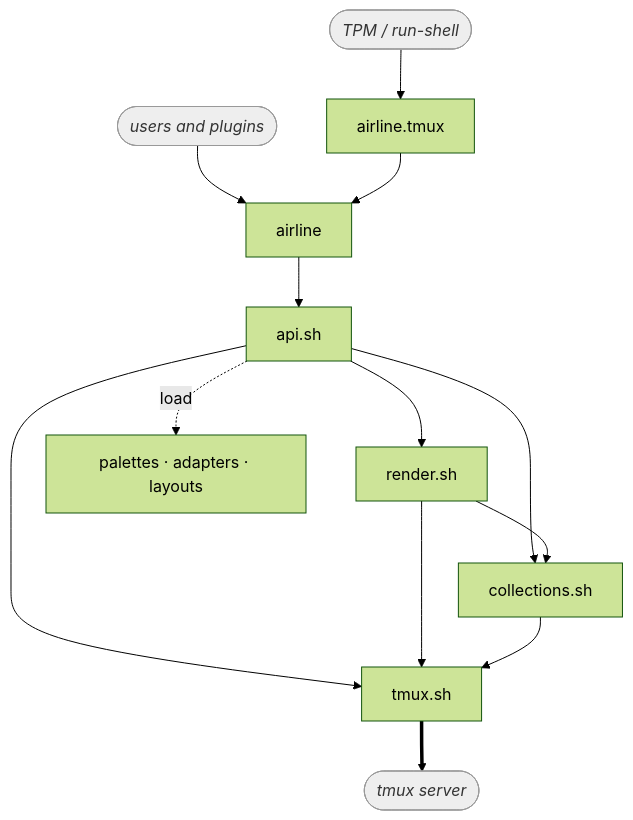
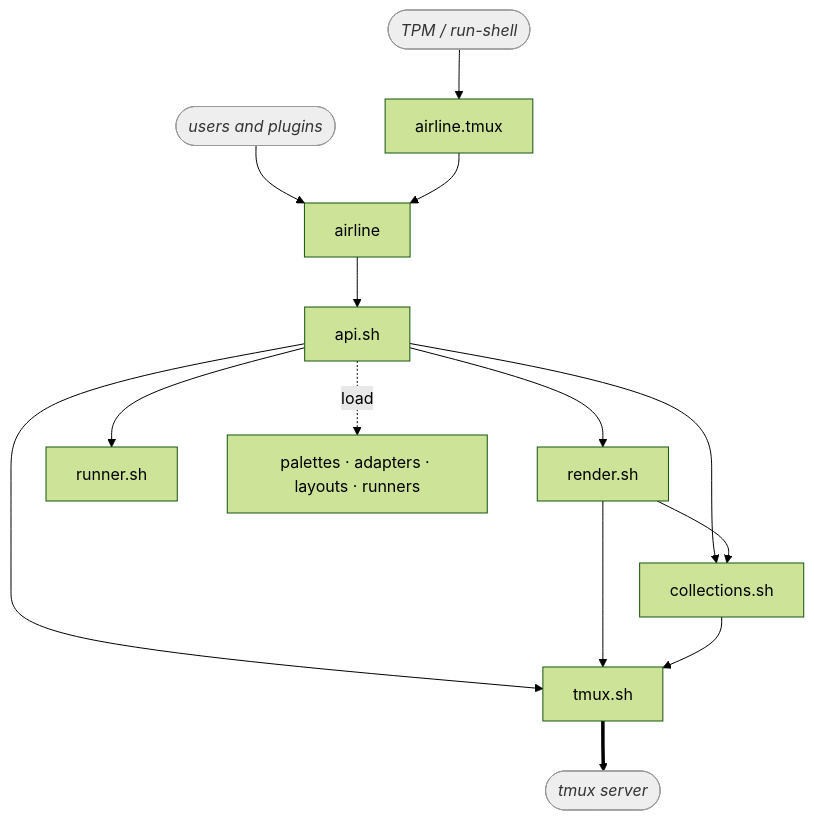
The first of 2 diagrams in DESIGN.md (andrewjstryker/tmux-airline), drawn with Mermaid (forest theme) before and after one commit. The commit also changed other lines of this file and 13 other files, not shown here.

````diff
--- a/DESIGN.md
+++ b/DESIGN.md
@@ -43,17 +50,18 @@
 ```mermaid
 graph TD
     TPM([TPM / run-shell]):::ext --> ENTRY[airline.tmux]
     EXT([users and plugins]):::ext --> CLI[airline]
     ENTRY --> CLI
     CLI --> API[api.sh]
     API --> LOGIC[render.sh]
+    API --> RUNNER[runner.sh]
     API --> COLL[collections.sh]
     LOGIC --> COLL
     API --> MECH[tmux.sh]
     LOGIC --> MECH
     COLL --> MECH
-    API -. load .-> FILES[palettes · adapters · layouts]
+    API -. load .-> FILES[palettes · adapters · layouts · runners]
     MECH ==> TMUX([tmux server]):::ext
 
     classDef ext fill:#eee,stroke:#999,color:#333,font-style:italic;
 ```
````
